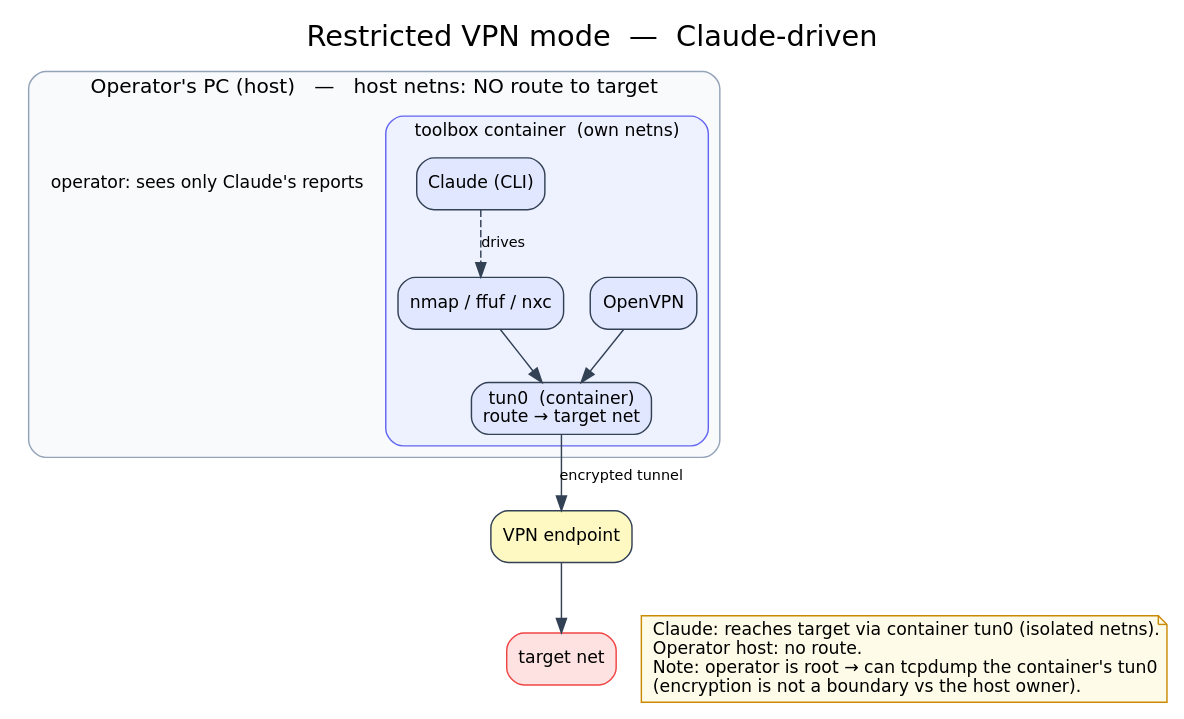
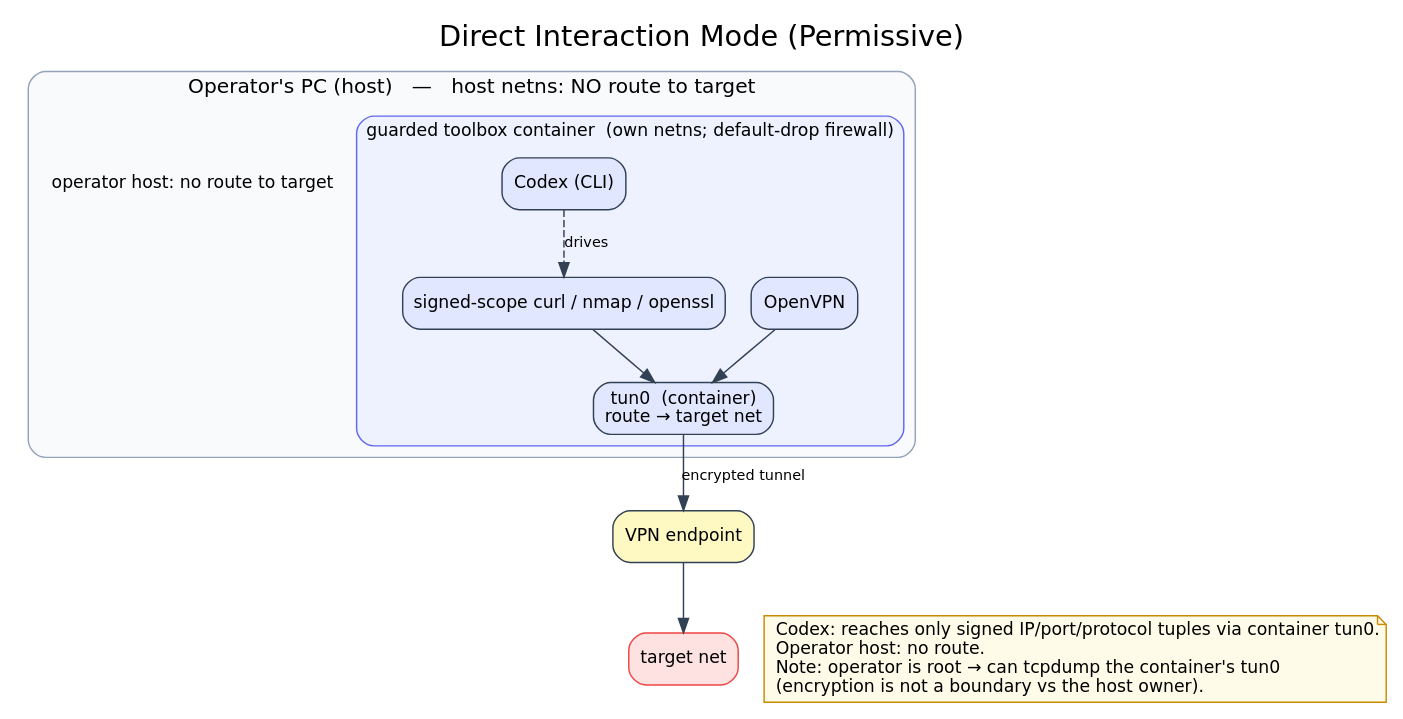
Before and after one commit to wanderjosea/Gekko-Lite: the diagram in toolbox/vpn-restricted.dot, drawn with Graphviz. The commit also changed 25 other files, not shown here.

Commit message:
Add guarded Codex direct interaction mode

```diff
--- a/toolbox/vpn-restricted.dot
+++ b/toolbox/vpn-restricted.dot
@@ -1,40 +1,40 @@
-// Restricted VPN mode — OpenVPN inside the toolbox container (own netns).
+// Direct Interaction Mode — legacy Restricted VPN topology in a guarded toolbox.
 digraph restricted_vpn {
   rankdir=TB;
   bgcolor="white";
   labelloc="t";
   fontname="DejaVu Sans"; fontsize=20;
-  label="Restricted VPN mode  —  Claude-driven";
+  label="Direct Interaction Mode (Permissive)";
   node  [fontname="DejaVu Sans", fontsize=12, shape=box, style="rounded,filled", color="#334155", fillcolor="#e2e8f0"];
   edge  [fontname="DejaVu Sans", fontsize=10, color="#334155"];
 
   subgraph cluster_pc {
     label="Operator's PC (host)   —   host netns: NO route to target";
     style="rounded,filled"; fillcolor="#f8fafc"; color="#94a3b8"; fontname="DejaVu Sans"; fontsize=14;
 
     subgraph cluster_ctr {
-      label="toolbox container  (own netns)";
+      label="guarded toolbox container  (own netns; default-drop firewall)";
       style="rounded,filled"; fillcolor="#eef2ff"; color="#6366f1"; fontname="DejaVu Sans"; fontsize=12;
       openvpn [label="OpenVPN", fillcolor="#e0e7ff"];
       tun0c   [label="tun0  (container)\nroute → target net", fillcolor="#e0e7ff"];
-      claude  [label="Claude (CLI)", fillcolor="#e0e7ff"];
-      tools   [label="nmap / ffuf / nxc", fillcolor="#e0e7ff"];
+      claude  [label="Codex (CLI)", fillcolor="#e0e7ff"];
+      tools   [label="signed-scope curl / nmap / openssl", fillcolor="#e0e7ff"];
 
       openvpn -> tun0c;
       claude  -> tools [label="drives", style=dashed];
       tools   -> tun0c;
     }
     host_note [shape=plaintext, style="", fillcolor="none",
-               label="operator: sees only Claude's reports"];
+               label="operator host: no route to target"];
   }
 
   vpn_ep [label="VPN endpoint", fillcolor="#fef9c3"];
   target [label="target net", fillcolor="#fee2e2", color="#ef4444"];
 
   tun0c  -> vpn_ep [label="encrypted tunnel"];
   vpn_ep -> target;
 
   note [shape=note, fillcolor="#fefce8", color="#ca8a04",
-        label="Claude: reaches target via container tun0 (isolated netns).\lOperator host: no route.\lNote: operator is root → can tcpdump the container's tun0\l(encryption is not a boundary vs the host owner).\l"];
+        label="Codex: reaches only signed IP/port/protocol tuples via container tun0.\lOperator host: no route.\lNote: operator is root → can tcpdump the container's tun0\l(encryption is not a boundary vs the host owner).\l"];
   { rank=same; target; note; }
 }
```
